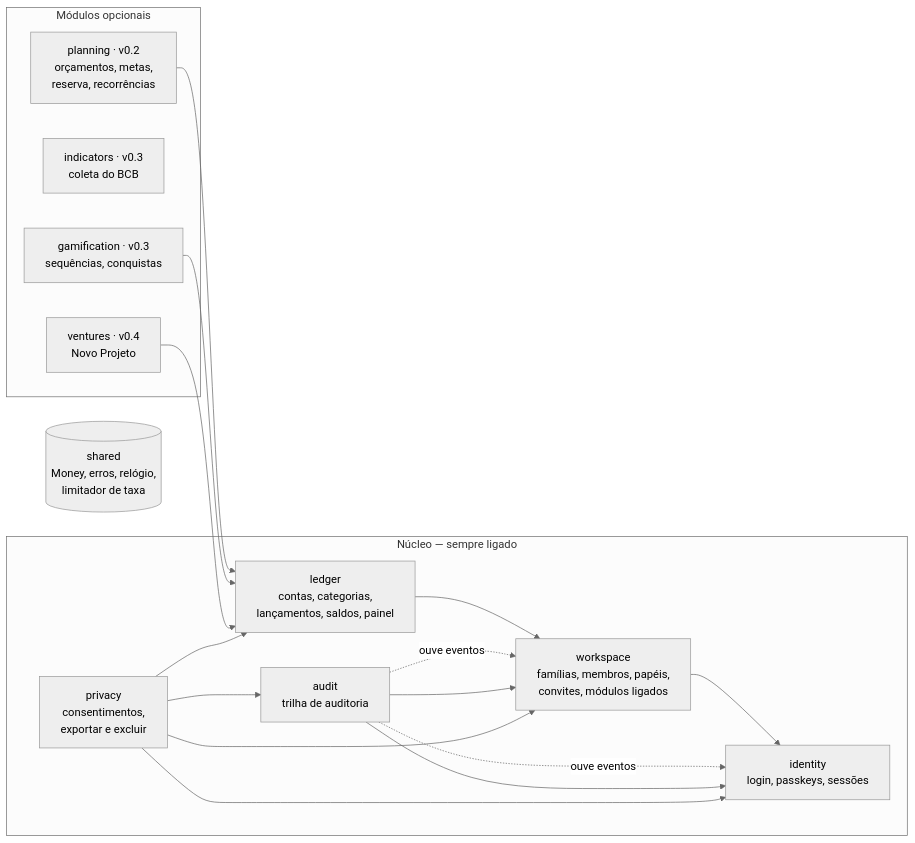
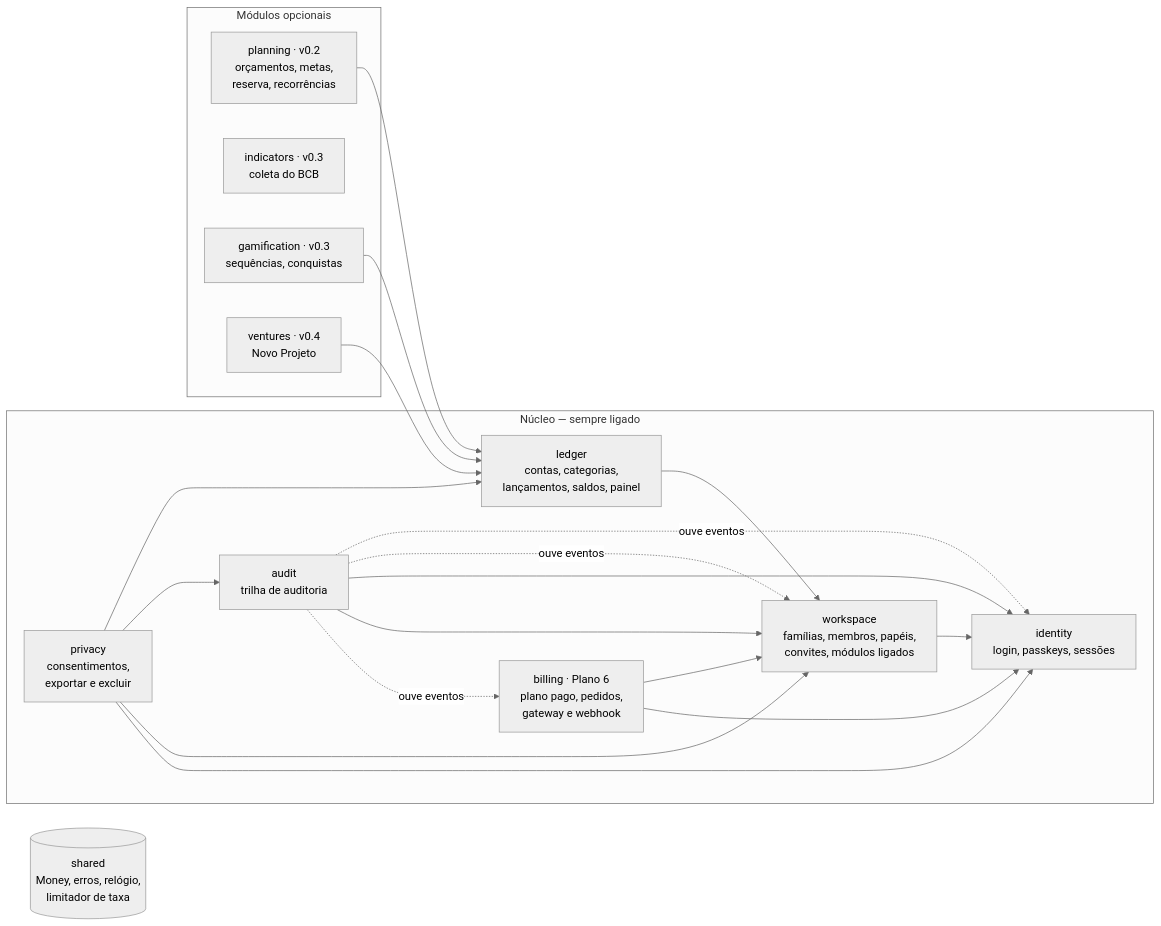
One commit to warthogozz-cyber/liberdade changed the third of 6 diagrams in docs/architecture.md. Above: the diagram before and after it, drawn with Mermaid (neutral theme). The commit also changed other lines of this file and 3 other files, not shown here.

````diff
--- a/docs/architecture.md
+++ b/docs/architecture.md
@@ -57,25 +57,28 @@
 ```mermaid
 flowchart LR
   subgraph núcleo[Núcleo — sempre ligado]
     identity[identity<br/>login, passkeys, sessões]
     workspace[workspace<br/>famílias, membros, papéis,<br/>convites, módulos ligados]
     ledger[ledger<br/>contas, categorias,<br/>lançamentos, saldos, painel]
     audit[audit<br/>trilha de auditoria]
     privacy[privacy<br/>consentimentos,<br/>exportar e excluir]
+    billing[billing · Plano 6<br/>plano pago, pedidos,<br/>gateway e webhook]
   end
   subgraph opcionais[Módulos opcionais]
     planning[planning · v0.2<br/>orçamentos, metas,<br/>reserva, recorrências]
     indicators[indicators · v0.3<br/>coleta do BCB]
     gamification[gamification · v0.3<br/>sequências, conquistas]
     ventures[ventures · v0.4<br/>Novo Projeto]
   end
   shared[(shared<br/>Money, erros, relógio,<br/>limitador de taxa)]
   workspace --> identity
   ledger --> workspace
   planning --> ledger
   gamification --> ledger
   ventures --> ledger
   audit -. ouve eventos .-> identity & workspace
   audit --> identity & workspace
   privacy --> ledger & audit & workspace & identity
+  billing --> workspace & identity
+  audit -. ouve eventos .-> billing
 ```
````
